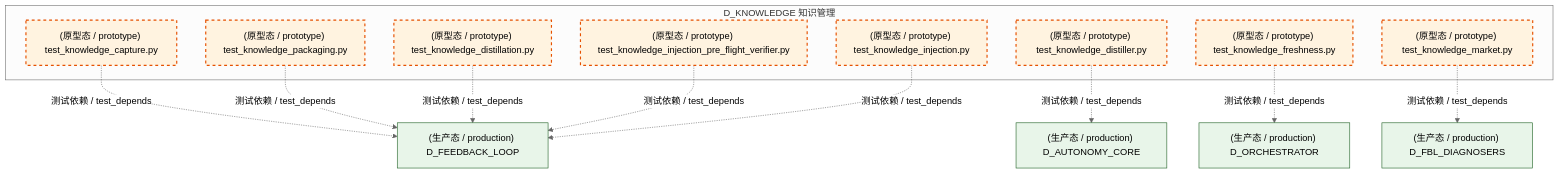
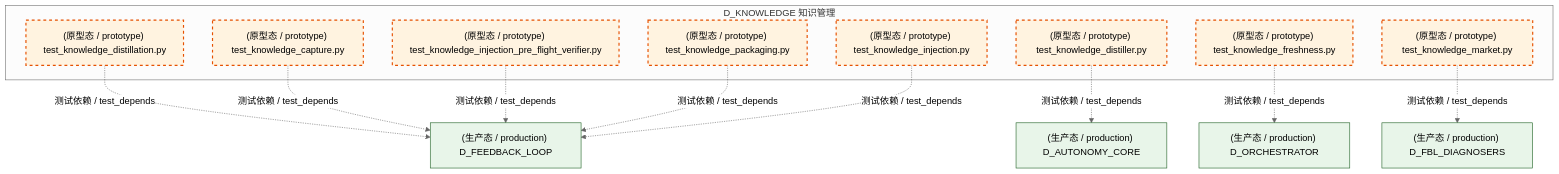
The second of 5 diagrams in docs/02_enterprise_architecture/02_domain_architecture_docs/48_d_knowledge.md (xuanFelixVan/ZephyrAlpha), drawn with Mermaid (neutral theme) before and after one commit. The commit also changed other lines of this file and 126 other files, not shown here.

````diff
--- a/docs/02_enterprise_architecture/02_domain_architecture_docs/48_d_knowledge.md
+++ b/docs/02_enterprise_architecture/02_domain_architecture_docs/48_d_knowledge.md
@@ -174,31 +174,31 @@
 ```mermaid
 graph TD
     subgraph D_KNOWLEDGE["D_KNOWLEDGE 知识管理"]
         tests_knowledge_engine_test_knowledge_capture_py["(原型态 / prototype) test_knowledge_capture.py"]
         tests_knowledge_engine_test_knowledge_distillation_py["(原型态 / prototype) test_knowledge_distillation.py"]
         tests_knowledge_engine_test_knowledge_distiller_py["(原型态 / prototype) test_knowledge_distiller.py"]
         tests_knowledge_engine_test_knowledge_freshness_py["(原型态 / prototype) test_knowledge_freshness.py"]
         tests_knowledge_engine_test_knowledge_injection_py["(原型态 / prototype) test_knowledge_injection.py"]
         tests_knowledge_engine_test_knowledge_injection_pre_flight_verifier_py["(原型态 / prototype) test_knowledge_injection_pre_flight_verifier.py"]
         tests_knowledge_engine_test_knowledge_market_py["(原型态 / prototype) test_knowledge_market.py"]
         tests_knowledge_engine_test_knowledge_packaging_py["(原型态 / prototype) test_knowledge_packaging.py"]
     end
+    D_FEEDBACK_LOOP["(生产态 / production) D_FEEDBACK_LOOP"]
+    tests_knowledge_engine_test_knowledge_distillation_py -.->|测试依赖 / test_depends| D_FEEDBACK_LOOP
     D_AUTONOMY_CORE["(生产态 / production) D_AUTONOMY_CORE"]
     tests_knowledge_engine_test_knowledge_distiller_py -.->|测试依赖 / test_depends| D_AUTONOMY_CORE
-    D_FEEDBACK_LOOP["(生产态 / production) D_FEEDBACK_LOOP"]
     tests_knowledge_engine_test_knowledge_capture_py -.->|测试依赖 / test_depends| D_FEEDBACK_LOOP
-    tests_knowledge_engine_test_knowledge_packaging_py -.->|测试依赖 / test_depends| D_FEEDBACK_LOOP
-    tests_knowledge_engine_test_knowledge_distillation_py -.->|测试依赖 / test_depends| D_FEEDBACK_LOOP
     D_FBL_DIAGNOSERS["(生产态 / production) D_FBL_DIAGNOSERS"]
     tests_knowledge_engine_test_knowledge_market_py -.->|测试依赖 / test_depends| D_FBL_DIAGNOSERS
     tests_knowledge_engine_test_knowledge_injection_pre_flight_verifier_py -.->|测试依赖 / test_depends| D_FEEDBACK_LOOP
+    tests_knowledge_engine_test_knowledge_packaging_py -.->|测试依赖 / test_depends| D_FEEDBACK_LOOP
     tests_knowledge_engine_test_knowledge_injection_py -.->|测试依赖 / test_depends| D_FEEDBACK_LOOP
     D_ORCHESTRATOR["(生产态 / production) D_ORCHESTRATOR"]
     tests_knowledge_engine_test_knowledge_freshness_py -.->|测试依赖 / test_depends| D_ORCHESTRATOR
     classDef production fill:#e1f5fe,stroke:#01579b,stroke-width:2px,color:#000
     classDef design fill:#fff3e0,stroke:#e65100,stroke-width:2px,color:#000,stroke-dasharray: 5 5
     classDef external_prod fill:#e8f5e9,stroke:#1b5e20,stroke-width:1px,color:#000
     classDef external_design fill:#fce4ec,stroke:#880e4f,stroke-width:1px,color:#000,stroke-dasharray: 5 5
     class tests_knowledge_engine_test_knowledge_capture_py,tests_knowledge_engine_test_knowledge_distillation_py,tests_knowledge_engine_test_knowledge_distiller_py,tests_knowledge_engine_test_knowledge_freshness_py,tests_knowledge_engine_test_knowledge_injection_py,tests_knowledge_engine_test_knowledge_injection_pre_flight_verifier_py,tests_knowledge_engine_test_knowledge_market_py,tests_knowledge_engine_test_knowledge_packaging_py design
-    class D_AUTONOMY_CORE,D_FEEDBACK_LOOP,D_FBL_DIAGNOSERS,D_ORCHESTRATOR external_prod
+    class D_FEEDBACK_LOOP,D_AUTONOMY_CORE,D_FBL_DIAGNOSERS,D_ORCHESTRATOR external_prod
 ```
````
